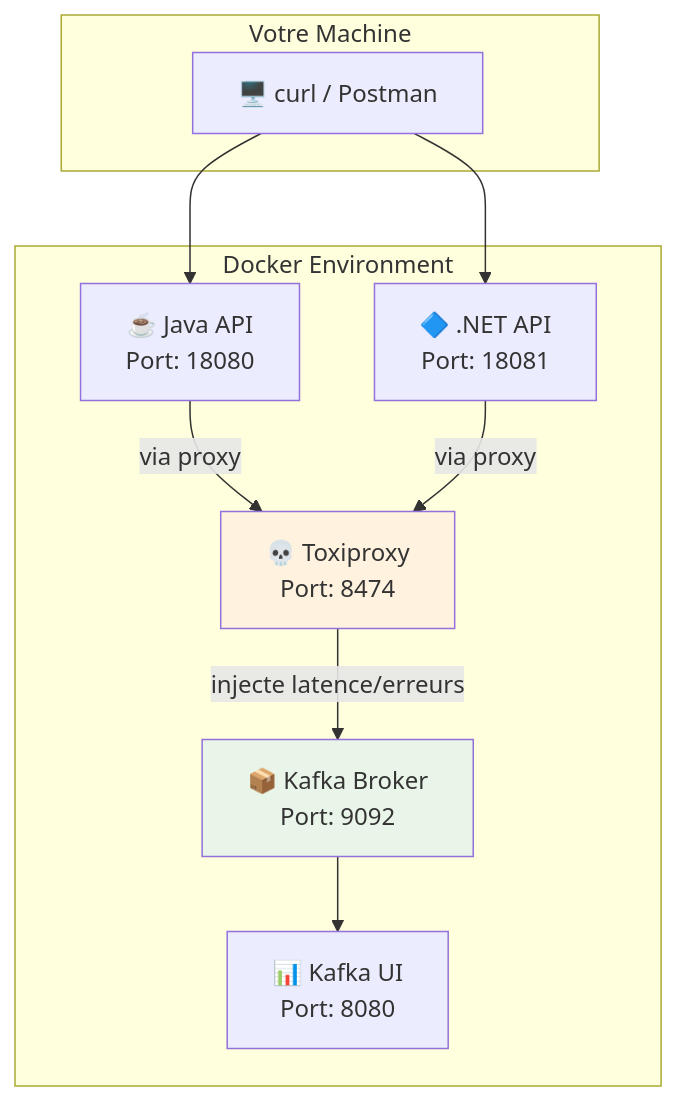
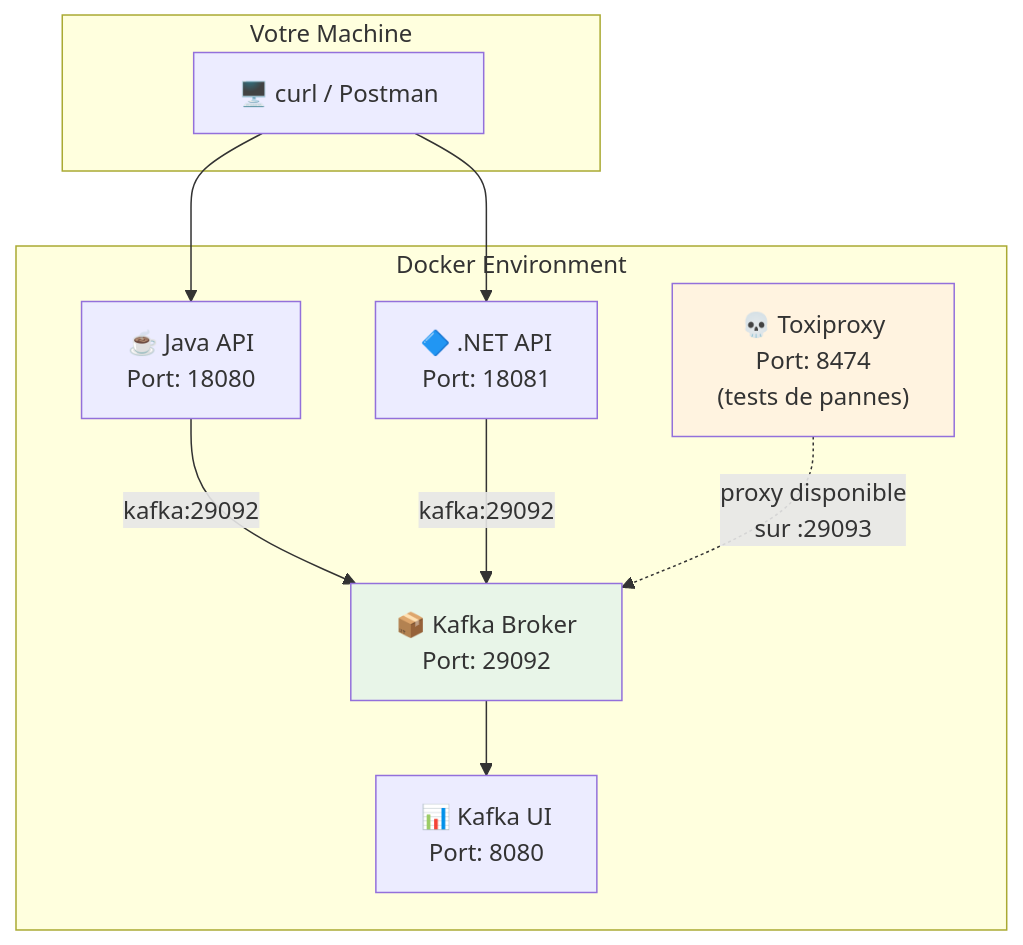
Before and after one commit to msellamiTN/kafka-bhf: diagram 13 of 13 in formation-v2/day-01-foundations/module-02-producer-reliability/README.md, drawn with Mermaid. The commit also changed other lines of this file, not shown here.

Commit message:
docs: update Module 02 README with correct architecture and commands

````diff
--- a/formation-v2/day-01-foundations/module-02-producer-reliability/README.md
+++ b/formation-v2/day-01-foundations/module-02-producer-reliability/README.md
@@ -426,24 +426,24 @@
 ```mermaid
 flowchart TB
     subgraph Client["Votre Machine"]
         curl["🖥️ curl / Postman"]
     end
     
     subgraph Docker["Docker Environment"]
         Java["☕ Java API<br/>Port: 18080"]
         DotNet["🔷 .NET API<br/>Port: 18081"]
-        Toxi["💀 Toxiproxy<br/>Port: 8474"]
-        K["📦 Kafka Broker<br/>Port: 9092"]
+        Toxi["💀 Toxiproxy<br/>Port: 8474<br/>(tests de pannes)"]
+        K["📦 Kafka Broker<br/>Port: 29092"]
         UI["📊 Kafka UI<br/>Port: 8080"]
     end
     
     curl --> Java
     curl --> DotNet
-    Java -->|"via proxy"| Toxi
-    DotNet -->|"via proxy"| Toxi
-    Toxi -->|"injecte latence/erreurs"| K
+    Java -->|"kafka:29092"| K
+    DotNet -->|"kafka:29092"| K
+    Toxi -.->|"proxy disponible<br/>sur :29093"| K
     K --> UI
     
     style Toxi fill:#fff3e0
     style K fill:#e8f5e8
 ```
````
